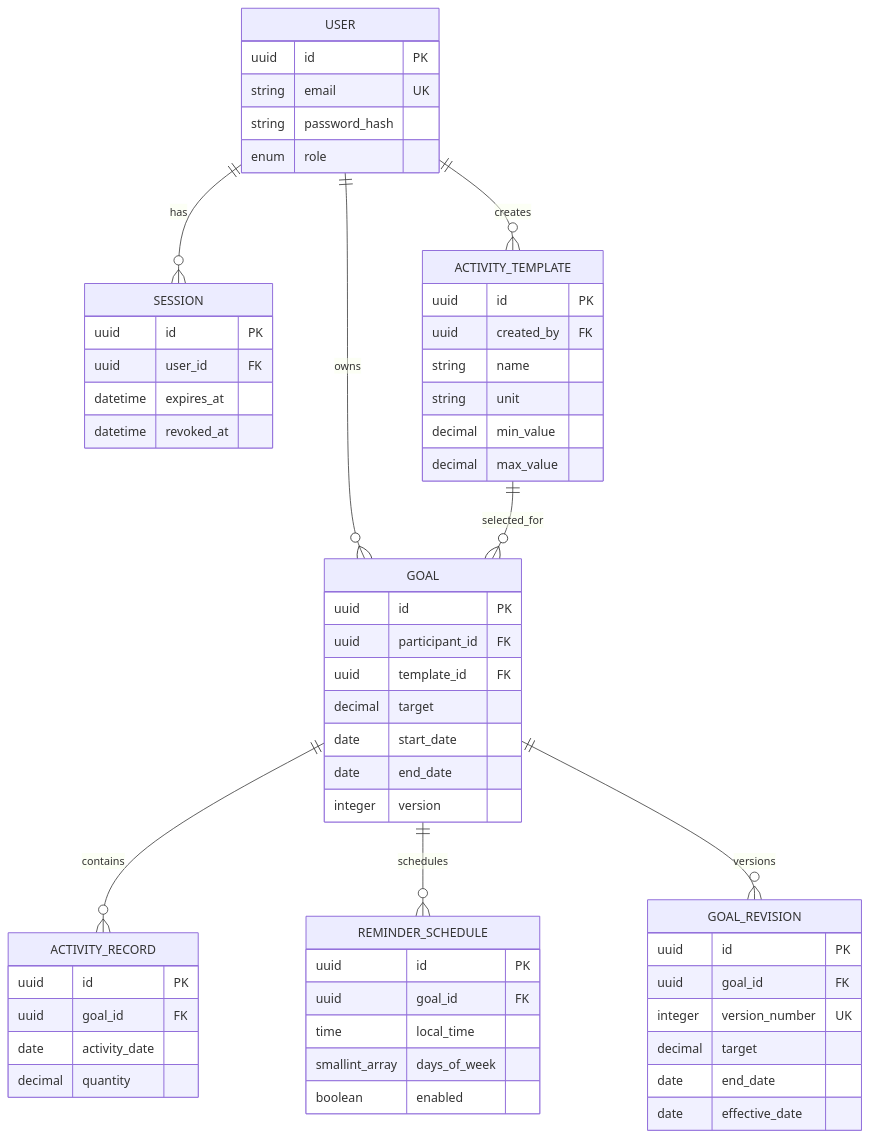
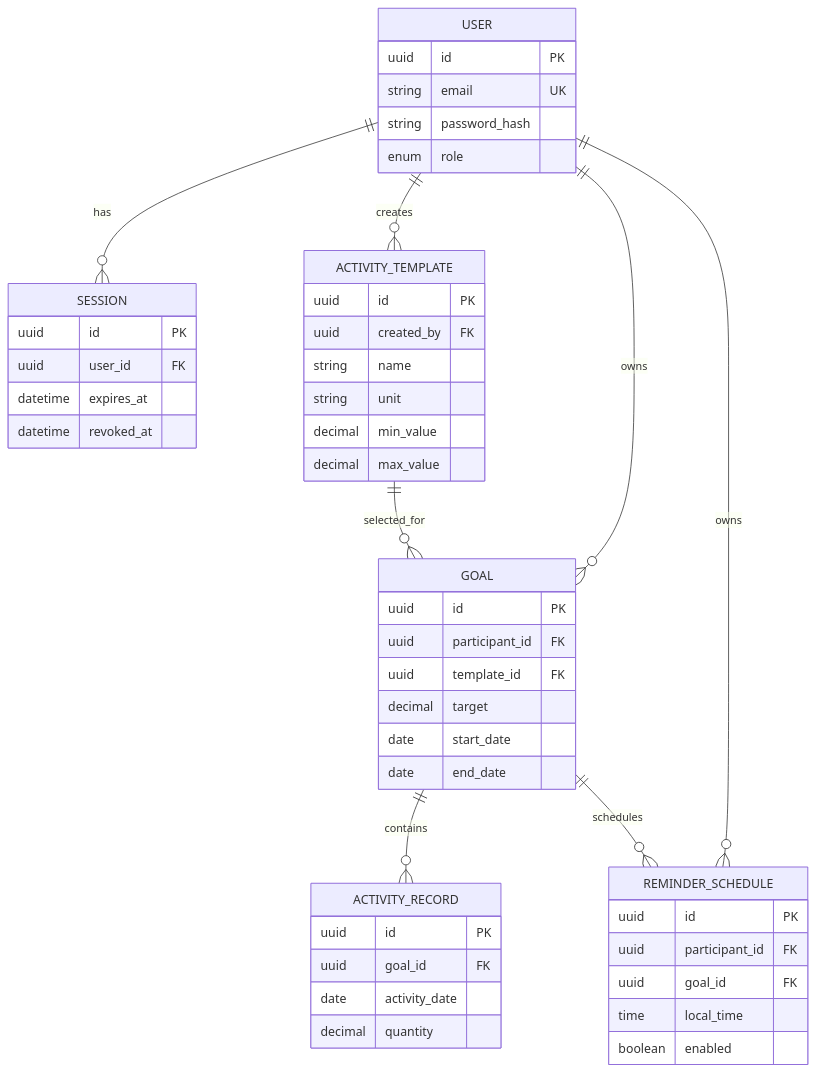
The diagram in docs/system-sds.md (habit-activity-tracker/habit-activity-tracker), drawn with Mermaid before and after one commit. The commit also changed other lines of this file and 3 other files, not shown here.

````diff
--- a/docs/system-sds.md
+++ b/docs/system-sds.md
@@ -23,61 +22,52 @@
 ```mermaid
 erDiagram
     USER ||--o{ SESSION : has
     USER ||--o{ ACTIVITY_TEMPLATE : creates
     USER ||--o{ GOAL : owns
     ACTIVITY_TEMPLATE ||--o{ GOAL : selected_for
     GOAL ||--o{ ACTIVITY_RECORD : contains
+    USER ||--o{ REMINDER_SCHEDULE : owns
     GOAL ||--o{ REMINDER_SCHEDULE : schedules
-    GOAL ||--o{ GOAL_REVISION : versions
 
     USER {
       uuid id PK
       string email UK
       string password_hash
       enum role
     }
     SESSION {
       uuid id PK
       uuid user_id FK
       datetime expires_at
       datetime revoked_at
     }
     ACTIVITY_TEMPLATE {
       uuid id PK
       uuid created_by FK
       string name
       string unit
       decimal min_value
       decimal max_value
     }
     GOAL {
       uuid id PK
       uuid participant_id FK
       uuid template_id FK
       decimal target
       date start_date
       date end_date
-      integer version
-    }
-    GOAL_REVISION {
-      uuid id PK
-      uuid goal_id FK
-      integer version_number UK
-      decimal target
-      date end_date
-      date effective_date
     }
     ACTIVITY_RECORD {
       uuid id PK
       uuid goal_id FK
       date activity_date
       decimal quantity
     }
     REMINDER_SCHEDULE {
       uuid id PK
+      uuid participant_id FK
       uuid goal_id FK
       time local_time
-      smallint_array days_of_week
       boolean enabled
     }
 ```
````
